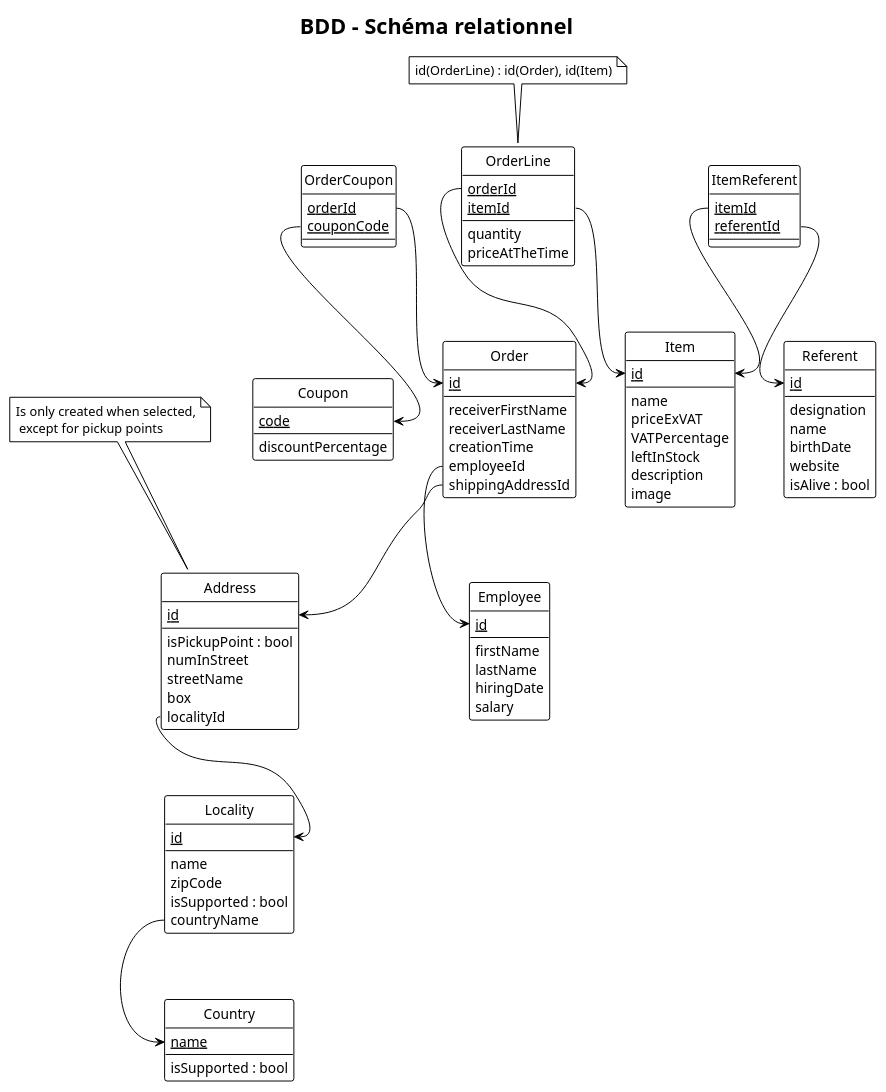
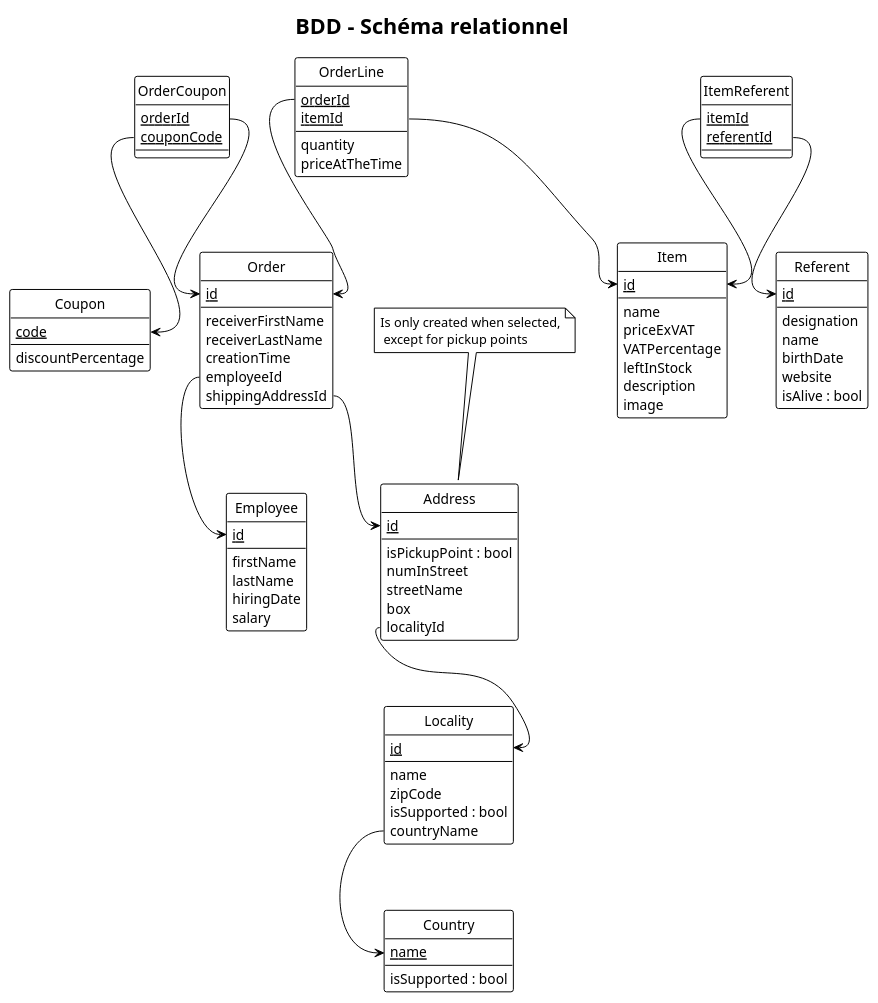
The diagram in BDD_Schéma_relationnel.puml (Keaexe/advanced_POO), drawn with PlantUML before and after one commit.

Commit message:
fix: delete useless note and old comments

```diff
--- a/BDD_Schéma_relationnel.puml
+++ b/BDD_Schéma_relationnel.puml
@@ -1,109 +1,106 @@
 @startuml BDD - Schéma relationnel
 title BDD - Schéma relationnel
 !theme plain
 hide circle
-' hide empty methods
-' hide empty fields
 
 entity Item {
     <u>id</u>
     --
     name
     priceExVAT
     VATPercentage
     leftInStock
     description
     image
 }
 
 entity Referent {
     <u>id</u>
     --
     designation
     name
     birthDate
     website
     isAlive : bool
 }
 
 entity "Order" as OrderTable {
     <u>id</u>
     --
     receiverFirstName
     receiverLastName
     creationTime
     employeeId
     shippingAddressId
 }
 
 entity OrderLine {
     <u>orderId</u>
     <u>itemId</u>
     --
     quantity
     priceAtTheTime
 }
-note top of OrderLine : id(OrderLine) : id(Order), id(Item)
 
 entity Coupon {
     <u>code</u>
     --
     discountPercentage
 }
 
 entity Employee {
     <u>id</u>
     --
     firstName
     lastName
     hiringDate
     salary
 }
 
 entity Country {
     <u>name</u>
     --
     isSupported : bool
 }
 
 entity Locality {
     <u>id</u>
     --
     name
     zipCode
     isSupported : bool
     countryName
 }
 
 entity Address {
     <u>id</u>
     --
     isPickupPoint : bool
     numInStreet
     streetName
     box
     localityId
 }
 note top of Address : Is only created when selected,\n except for pickup points
 
 entity OrderCoupon {
     <u>orderId</u>
     <u>couponCode</u>
 }
 
 entity ItemReferent {
     <u>itemId</u>
     <u>referentId</u>
 }
 
 OrderTable::employeeId --> Employee::id
 OrderTable::shippingAddressId --> Address::id
 OrderLine::orderId --> OrderTable::id
 OrderLine::itemId --> Item::id
 Locality::countryName --> Country::name
 Address::localityId --> Locality::id
 OrderCoupon::orderId --> OrderTable::id
 OrderCoupon::couponCode --> Coupon::code
 ItemReferent::itemId --> Item::id
 ItemReferent::referentId --> Referent::id
 @enduml
```
